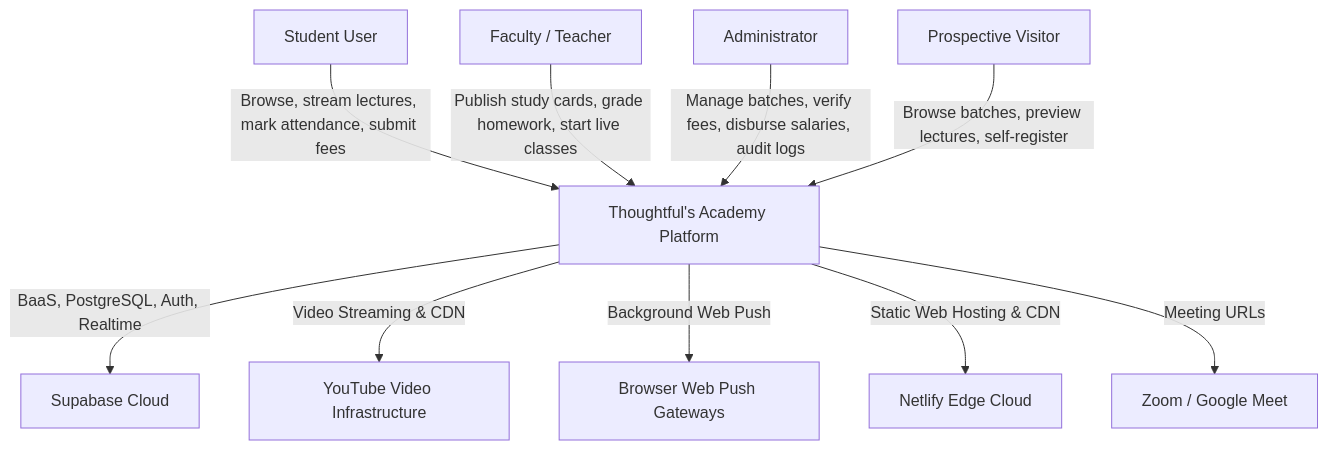
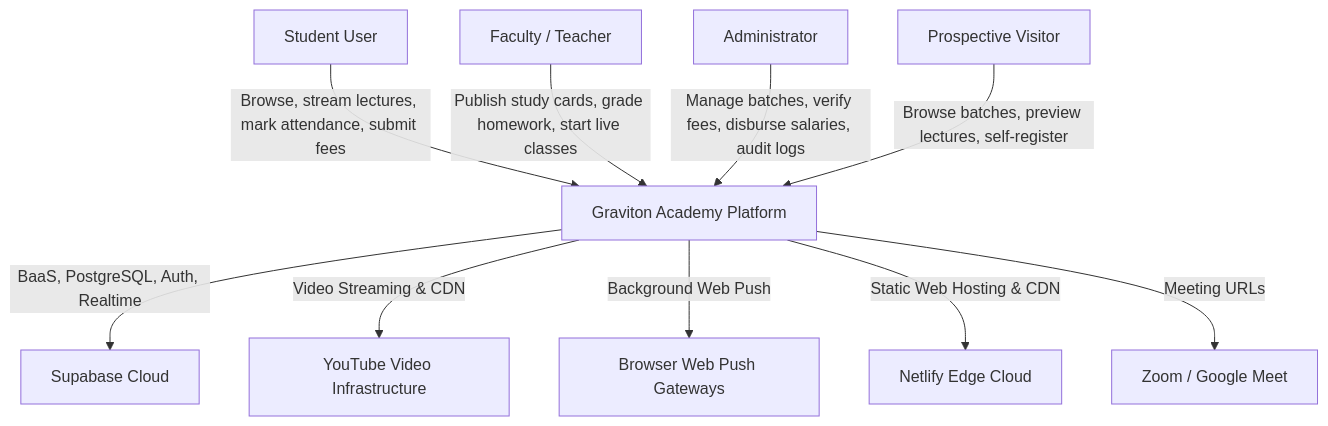
One commit to tgmind/Thoughtful-s-Academy changed the first of 6 diagrams in documentation/ARCHITECTURE/ARCHITECTURE_DIAGRAMS.md. Above: the diagram before and after it, drawn with Mermaid. The commit also changed other lines of this file and 152 other files, not shown here.

Commit message:
feat(ui): brand rename to Graviton Academy, hero 3-card triad, and auto-balancing lecture grid

````diff
--- a/documentation/ARCHITECTURE/ARCHITECTURE_DIAGRAMS.md
+++ b/documentation/ARCHITECTURE/ARCHITECTURE_DIAGRAMS.md
@@ -10,13 +10,13 @@
 ```mermaid
 graph TD
-    UserStudent[Student User] -->|Browse, stream lectures, mark attendance, submit fees| App[Thoughtful's Academy Platform]
+    UserStudent[Student User] -->|Browse, stream lectures, mark attendance, submit fees| App[Graviton Academy Platform]
     UserTeacher[Faculty / Teacher] -->|Publish study cards, grade homework, start live classes| App
     UserAdmin[Administrator] -->|Manage batches, verify fees, disburse salaries, audit logs| App
     UserPublic[Prospective Visitor] -->|Browse batches, preview lectures, self-register| App
 
     App -->|BaaS, PostgreSQL, Auth, Realtime| Supabase[Supabase Cloud]
     App -->|Video Streaming & CDN| YouTube[YouTube Video Infrastructure]
     App -->|Background Web Push| WebPush[Browser Web Push Gateways]
     App -->|Static Web Hosting & CDN| Netlify[Netlify Edge Cloud]
     App -->|Meeting URLs| LiveVideo[Zoom / Google Meet]
 ```
````
